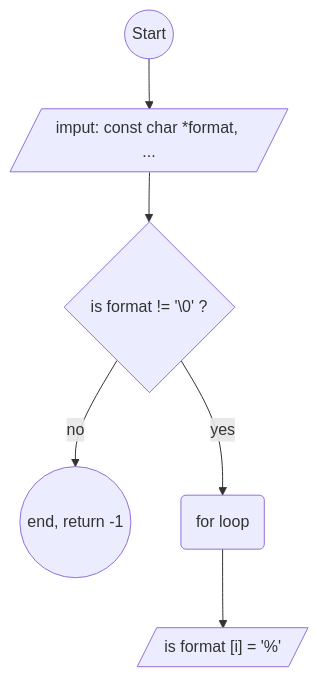
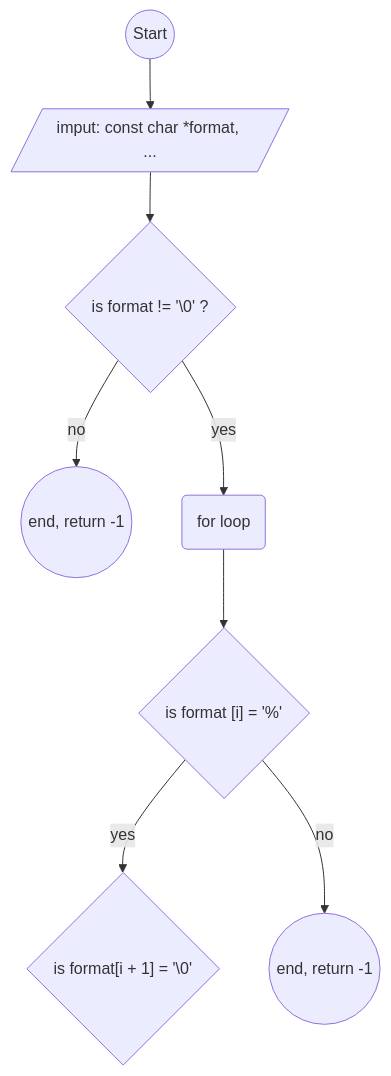
The diagram in README.md (Imartino4/holbertonschool-printf), drawn with Mermaid before and after one commit.

Commit message:
start whit flowchart

````diff
--- a/README.md
+++ b/README.md
@@ -22,14 +22,18 @@
 ```mermaid
 graph TD;
 
     s((Start))-->i[/imput: const char *format, .../];
 
     i[/imput: const char *format, .../]-->f1{is format != '\0' ?};
 
     f1{is format != '\0' ?}-->|no|r1((end, return -1));
     f1{is format != '\0' ?}-->|yes|fl(for loop);
 
+    fl(for loop)-->if{"is format [i] = '%'"};
 
-    fl(for loop)-->if[/"is format [i] = '%'"/];
+    if{"is format [i] = '%'"}-->|yes|if2{"is format[i + 1] = '\0'"};
+
+
+    if{"is format [i] = '%'"}-->|no|r2((end, return -1));
 
 ```
````
